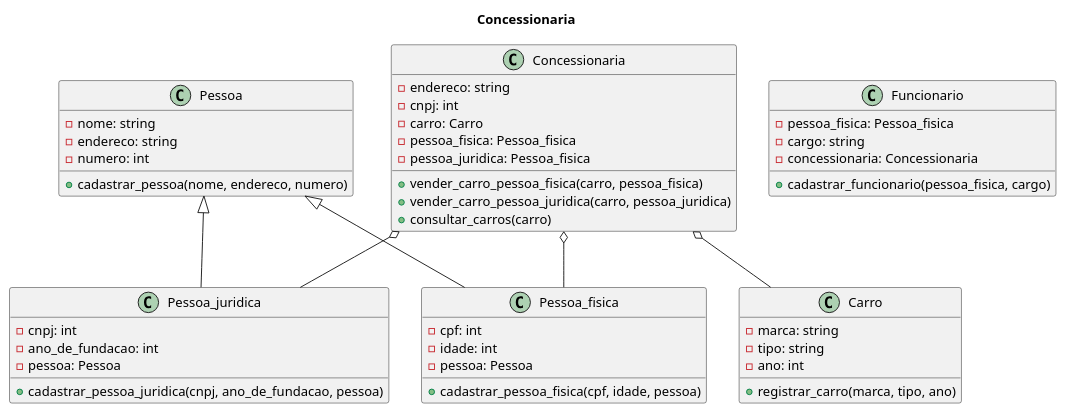
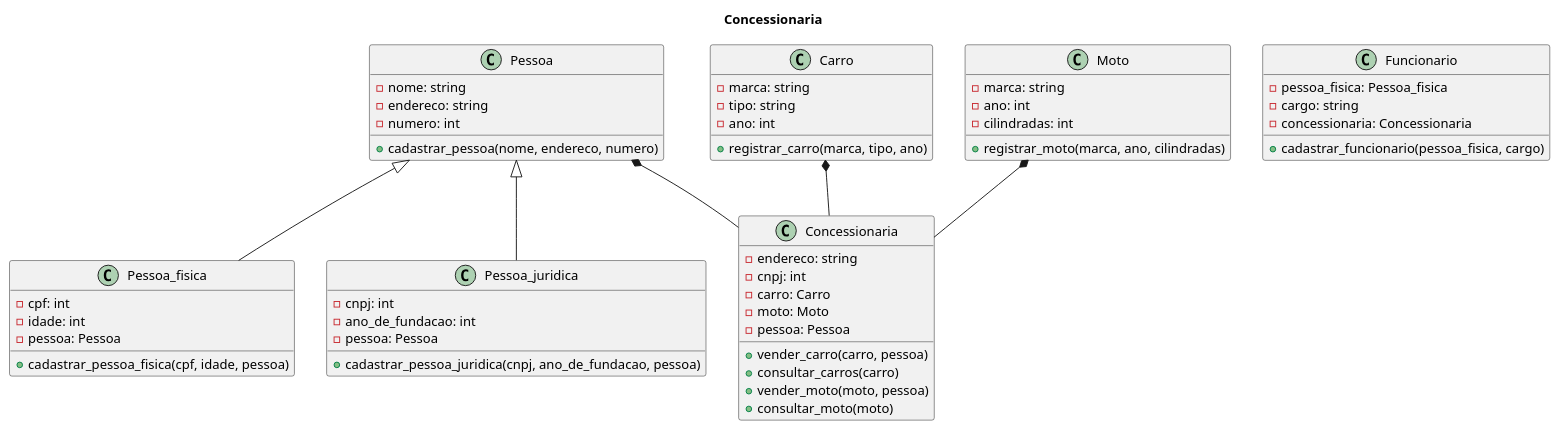
The diagram in plantum.plantuml (anleaes/2023-1-N1-POO-08), drawn with PlantUML before and after one commit. The commit also changed 2 other files, not shown here.

Commit message:
adicionandos moto.py e carro.py

```diff
--- a/plantum.plantuml
+++ b/plantum.plantuml
@@ -1,55 +1,62 @@
 @startuml trabalho
 
 title Concessionaria
 
 class Pessoa{
     - nome: string
     - endereco: string
     - numero: int
     + cadastrar_pessoa(nome, endereco, numero)
 
 }
 class Pessoa_fisica{
     - cpf: int
     - idade: int
     - pessoa: Pessoa
     + cadastrar_pessoa_fisica(cpf, idade, pessoa)
 }
 class Pessoa_juridica{
     - cnpj: int
     - ano_de_fundacao: int
     - pessoa: Pessoa
     + cadastrar_pessoa_juridica(cnpj, ano_de_fundacao, pessoa)
 }
 class Funcionario{
     - pessoa_fisica: Pessoa_fisica
     - cargo: string
     - concessionaria: Concessionaria
     + cadastrar_funcionario(pessoa_fisica, cargo)
 }
 class Carro{
     - marca: string
     - tipo: string
     - ano: int
     + registrar_carro(marca, tipo, ano)
+}
+class Moto{
+    - marca: string
+    - ano: int
+    - cilindradas: int
+    + registrar_moto(marca, ano, cilindradas)
 
 }
 class Concessionaria{
     - endereco: string
     - cnpj: int
     - carro: Carro
-    - pessoa_fisica: Pessoa_fisica
-    - pessoa_juridica: Pessoa_fisica
-    + vender_carro_pessoa_fisica(carro, pessoa_fisica)
-    + vender_carro_pessoa_juridica(carro, pessoa_juridica)
+    - moto: Moto
+    - pessoa: Pessoa
+    + vender_carro(carro, pessoa)
     + consultar_carros(carro)
+    + vender_moto(moto, pessoa)
+    + consultar_moto(moto)
+
 }
 
 Pessoa <|-- Pessoa_fisica
 Pessoa <|-- Pessoa_juridica
-
-Concessionaria o-- Carro
-Concessionaria o-- Pessoa_juridica
-Concessionaria o-- Pessoa_fisica
+Pessoa *-- Concessionaria
+Carro *--Concessionaria
+Moto *--Concessionaria
 
 @enduml
```
